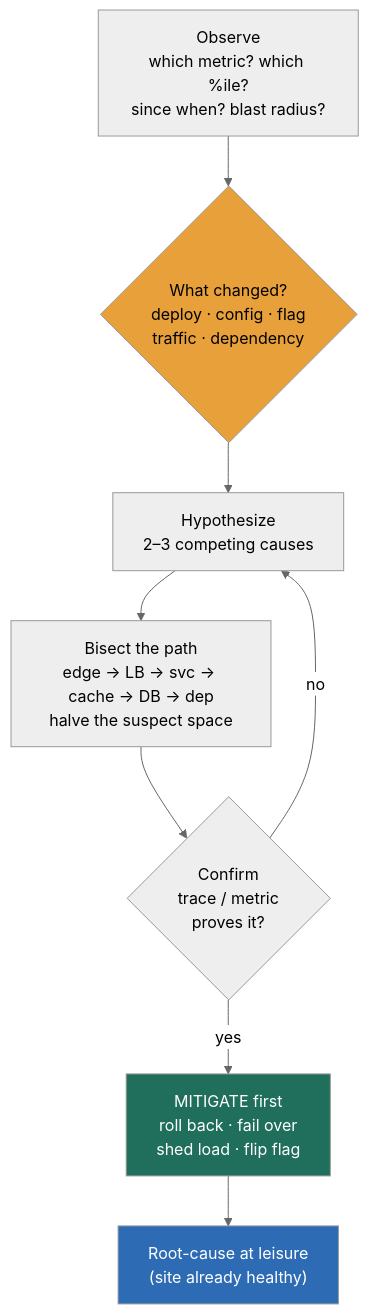
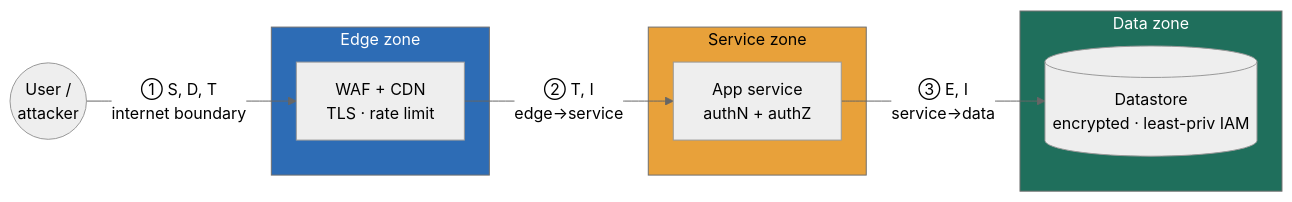
Before and after one commit to hkrathore/sysdesign-course: the diagram in src/content/docs/module-13/lesson-13-1.md, drawn with Mermaid (neutral theme). The commit also changed other lines of this file and 84 other files, not shown here.

````diff
--- a/src/content/docs/module-13/lesson-13-1.md
+++ b/src/content/docs/module-13/lesson-13-1.md
@@ -60,17 +70,19 @@
 ```mermaid
-flowchart TD
-    OBS["Observe<br/>which metric? which %ile?<br/>since when? blast radius?"]
-    CHG{"What changed?<br/>deploy · config · flag<br/>traffic · dependency"}
-    HYP["Hypothesize<br/>2–3 competing causes"]
-    BIS["Bisect the path<br/>edge → LB → svc → cache → DB → dep<br/>halve the suspect space"]
-    CONF{"Confirm<br/>trace / metric<br/>proves it?"}
-    MIT["MITIGATE first<br/>roll back · fail over<br/>shed load · flip flag"]
-    RCA["Root-cause at leisure<br/>(site already healthy)"]
-
-    OBS --> CHG --> HYP --> BIS --> CONF
-    CONF -- no --> HYP
-    CONF -- yes --> MIT --> RCA
-    style MIT fill:#1f6f5c,color:#fff
-    style CHG fill:#e8a13a,color:#000
-    style RCA fill:#2d6cb5,color:#fff
+flowchart LR
+    USER(("User /<br/>attacker"))
+    subgraph EDGE["Edge zone"]
+      WAF["WAF + CDN<br/>TLS · rate limit"]
+    end
+    subgraph APP["Service zone"]
+      SVC["App service<br/>authN + authZ"]
+    end
+    subgraph DATA["Data zone"]
+      DB[("Datastore<br/>encrypted · least-priv IAM")]
+    end
+    USER -->|"① S, D, T<br/>internet boundary"| WAF
+    WAF -->|"② T, I<br/>edge→service"| SVC
+    SVC -->|"③ E, I<br/>service→data"| DB
+    style EDGE fill:#2d6cb5,color:#fff
+    style APP fill:#e8a13a,color:#000
+    style DATA fill:#1f6f5c,color:#fff
 ```
````
